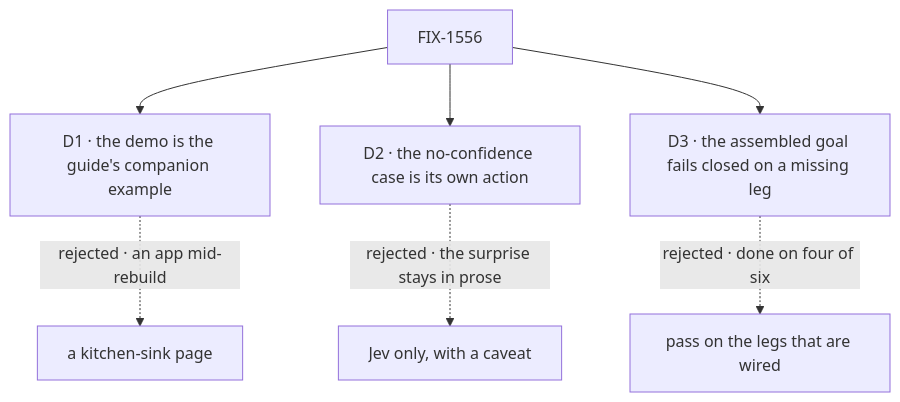
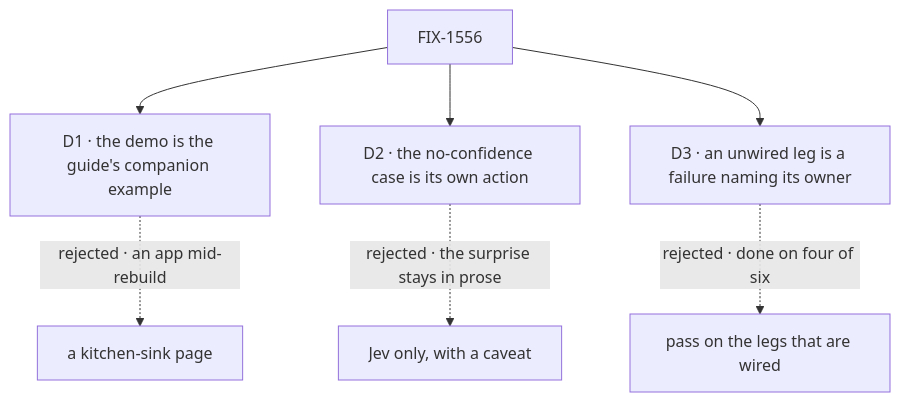
The diagram in specs/issues/FIX-1556/DECISIONS.md (fixpoint-labs/flow-state-dev), drawn with Mermaid before and after one commit. The commit also changed other lines of this file and 5 other files, not shown here.

````diff
--- a/specs/issues/FIX-1556/DECISIONS.md
+++ b/specs/issues/FIX-1556/DECISIONS.md
@@ -12,9 +12,9 @@
 ```mermaid
 flowchart TD
   I["FIX-1556"] --> D1["D1 · the demo is the guide's companion example"]
   D1 -.->|"rejected · an app mid-rebuild"| X1["a kitchen-sink page"]
   I --> D2["D2 · the no-confidence case is its own action"]
   D2 -.->|"rejected · the surprise stays in prose"| X2["Jev only, with a caveat"]
-  I --> D3["D3 · the assembled goal fails closed on a missing leg"]
+  I --> D3["D3 · an unwired leg is a failure naming its owner"]
   D3 -.->|"rejected · done on four of six"| X3["pass on the legs that are wired"]
 ```
````
